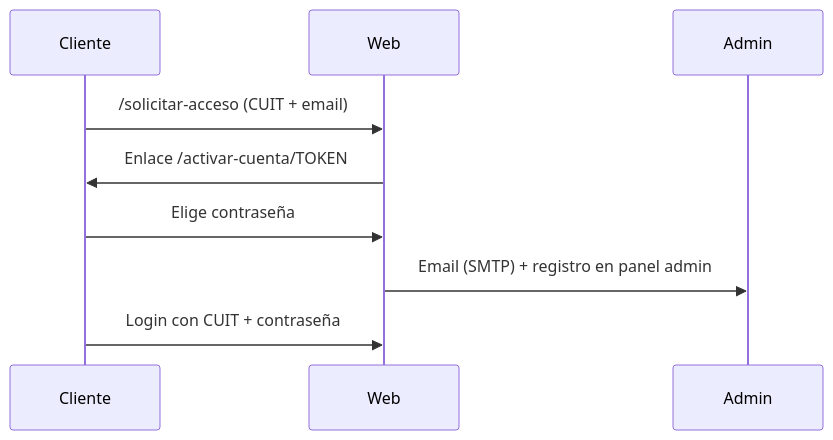
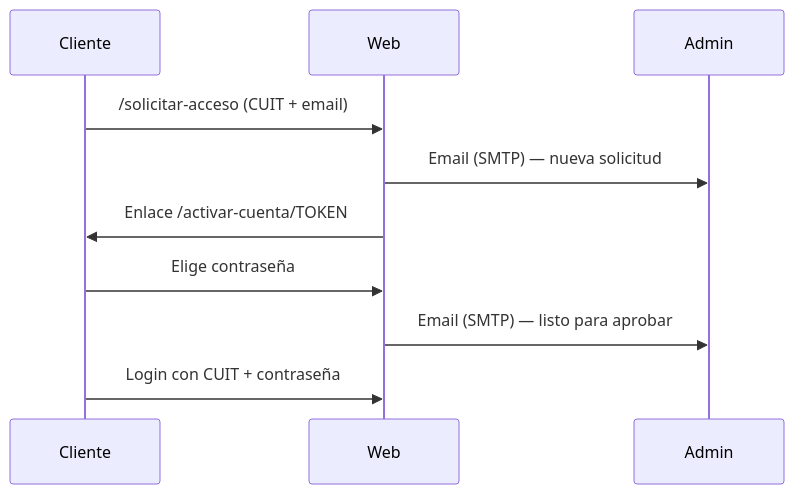
The diagram in docs/ALTA_USUARIOS.md (lucastissera/analisis-del-contribuyente), drawn with Mermaid before and after one commit. The commit also changed other lines of this file and 8 other files, not shown here.

````diff
--- a/docs/ALTA_USUARIOS.md
+++ b/docs/ALTA_USUARIOS.md
@@ -29,12 +29,13 @@
 ```mermaid
 sequenceDiagram
     participant C as Cliente
     participant W as Web
     participant A as Admin
 
     C->>W: /solicitar-acceso (CUIT + email)
+    W->>A: Email (SMTP) — nueva solicitud
     W->>C: Enlace /activar-cuenta/TOKEN
     C->>W: Elige contraseña
-    W->>A: Email (SMTP) + registro en panel admin
+    W->>A: Email (SMTP) — listo para aprobar
     C->>W: Login con CUIT + contraseña
 ```
````
